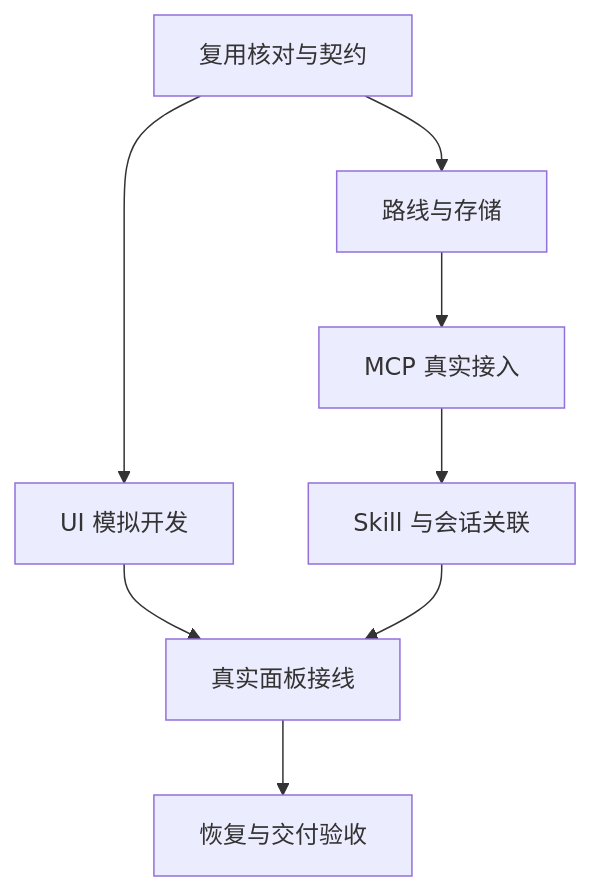
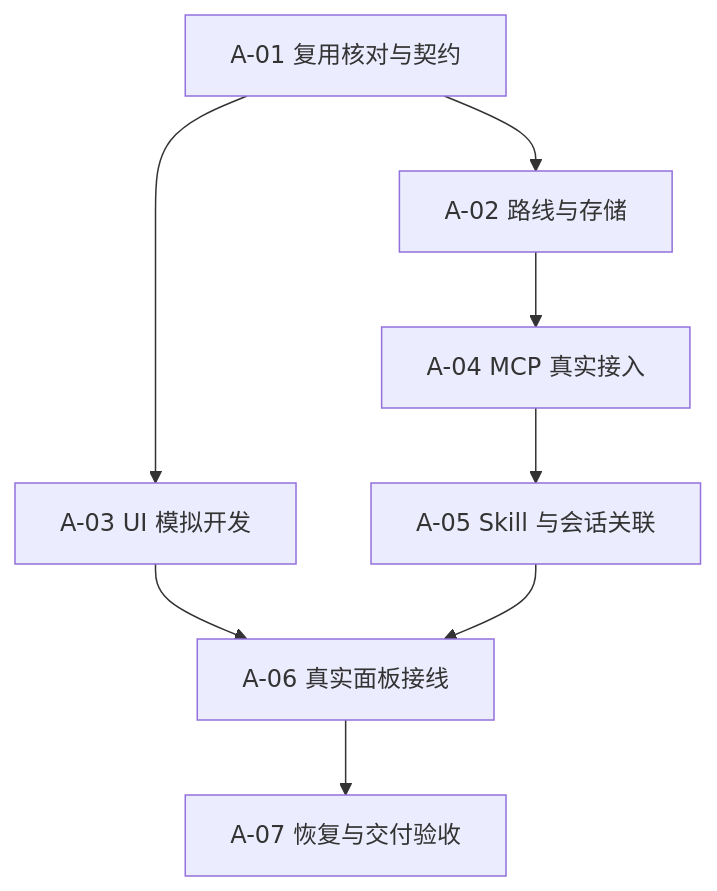
Before and after one commit to WuwuZhang0019/Codex-task-monitoring: the diagram in docs/03_轻量路线工作台/00_执行入口/00_新路线实施总纲与接口决定_2026-11-10.md, drawn with Mermaid. The commit also changed other lines of this file and 10 other files, not shown here.

````diff
--- a/docs/03_轻量路线工作台/00_执行入口/00_新路线实施总纲与接口决定_2026-11-10.md
+++ b/docs/03_轻量路线工作台/00_执行入口/00_新路线实施总纲与接口决定_2026-11-10.md
@@ -27,10 +27,10 @@
 ```mermaid
 flowchart TD
-    N01[复用核对与契约] --> N02[路线与存储]
-    N01 --> N03[UI 模拟开发]
-    N02 --> N04[MCP 真实接入]
-    N04 --> N05[Skill 与会话关联]
-    N03 --> N06[真实面板接线]
-    N05 --> N06
-    N06 --> N07[恢复与交付验收]
+    S01[A-01 复用核对与契约] --> S02[A-02 路线与存储]
+    S01 --> S03[A-03 UI 模拟开发]
+    S02 --> S04[A-04 MCP 真实接入]
+    S04 --> S05[A-05 Skill 与会话关联]
+    S03 --> S06[A-06 真实面板接线]
+    S05 --> S06
+    S06 --> S07[A-07 恢复与交付验收]
 ```
````
